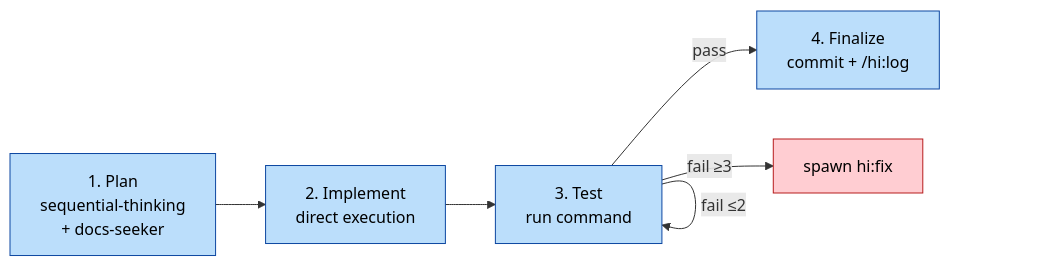
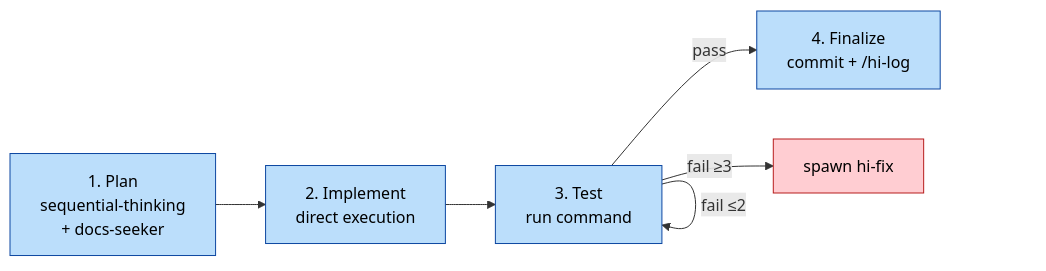
Before and after one commit to baka3k/dev-kit: the first of 7 diagrams in README.md, drawn with Mermaid. The commit also changed other lines of this file and 26 other files, not shown here.

````diff
--- a/README.md
+++ b/README.md
@@ -323,14 +323,14 @@
 ```mermaid
 graph LR
     A[1. Plan<br/>sequential-thinking<br/>+ docs-seeker] --> B[2. Implement<br/>direct execution]
     B --> C[3. Test<br/>run command]
-    C -->|pass| D[4. Finalize<br/>commit + /hi:log]
+    C -->|pass| D[4. Finalize<br/>commit + /hi-log]
     C -->|fail ≤2| C
-    C -->|fail ≥3| E[spawn hi:fix]
+    C -->|fail ≥3| E[spawn hi-fix]
 
     classDef step fill:#bbdefb,stroke:#0d47a1,color:#000
     classDef fail fill:#ffcdd2,stroke:#b71c1c,color:#000
     class A,B,C,D step
     class E fail
 
 ```
````
